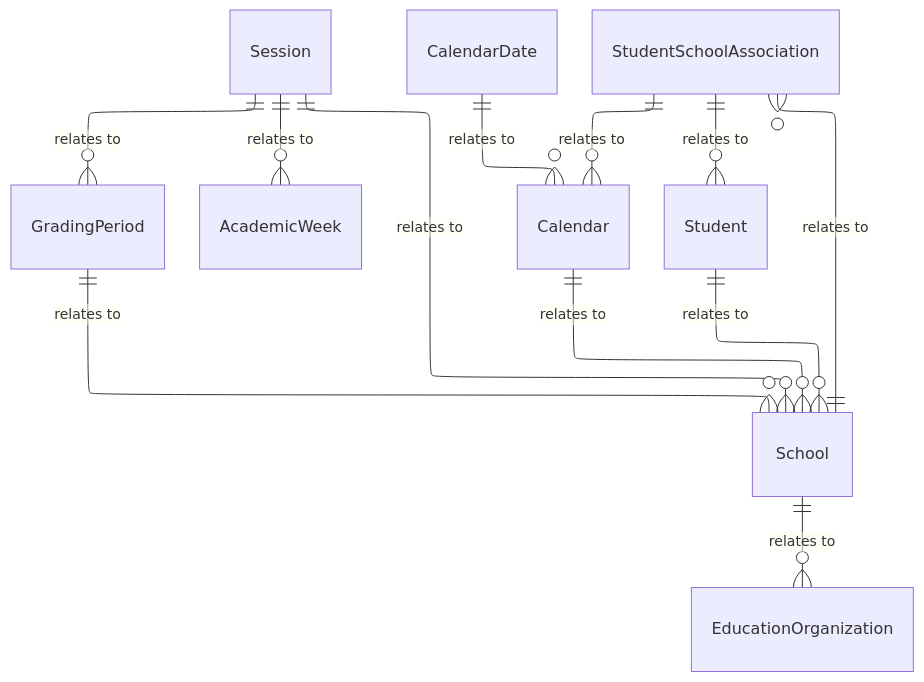
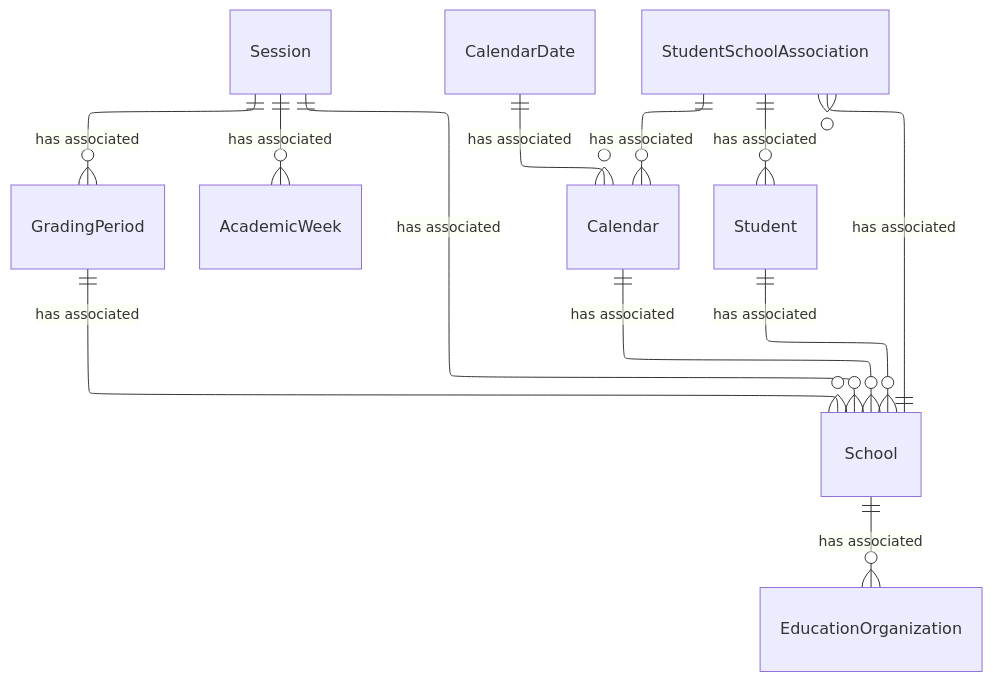
The diagram in dataStandard_versioned_docs/version-6/model-reference/school-calendar-domain/model-diagrams.md (Ed-Fi-Alliance-OSS/ed-fi-alliance-oss.github.io), drawn with Mermaid before and after one commit. The commit also changed 24 other files, not shown here.

````diff
--- a/dataStandard_versioned_docs/version-6/model-reference/school-calendar-domain/model-diagrams.md
+++ b/dataStandard_versioned_docs/version-6/model-reference/school-calendar-domain/model-diagrams.md
@@ -10,36 +10,36 @@
 ```mermaid
 ---
 config:
   layout: elk
 ---
 erDiagram
     Session {
     }
     GradingPeriod {
     }
     AcademicWeek {
     }
     Calendar {
     }
     CalendarDate {
     }
     StudentSchoolAssociation {
     }
     Student {
     }
     EducationOrganization {
     }
     School {
     }
-    Session ||--o{ School : "relates to"
-    Session ||--o{ AcademicWeek : "relates to"
-    Session ||--o{ GradingPeriod : "relates to"
-    GradingPeriod ||--o{ School : "relates to"
-    Calendar ||--o{ School : "relates to"
-    CalendarDate ||--o{ Calendar : "relates to"
-    StudentSchoolAssociation ||--o{ Calendar : "relates to"
-    StudentSchoolAssociation ||--o{ Student : "relates to"
-    School ||--o{ StudentSchoolAssociation : "relates to"
-    School ||--o{ EducationOrganization : "relates to"
-    Student ||--o{ School : "relates to"
+    Session ||--o{ School : "has associated"
+    Session ||--o{ AcademicWeek : "has associated"
+    Session ||--o{ GradingPeriod : "has associated"
+    GradingPeriod ||--o{ School : "has associated"
+    Calendar ||--o{ School : "has associated"
+    CalendarDate ||--o{ Calendar : "has associated"
+    StudentSchoolAssociation ||--o{ Calendar : "has associated"
+    StudentSchoolAssociation ||--o{ Student : "has associated"
+    School ||--o{ StudentSchoolAssociation : "has associated"
+    School ||--o{ EducationOrganization : "has associated"
+    Student ||--o{ School : "has associated"
 ```
````
